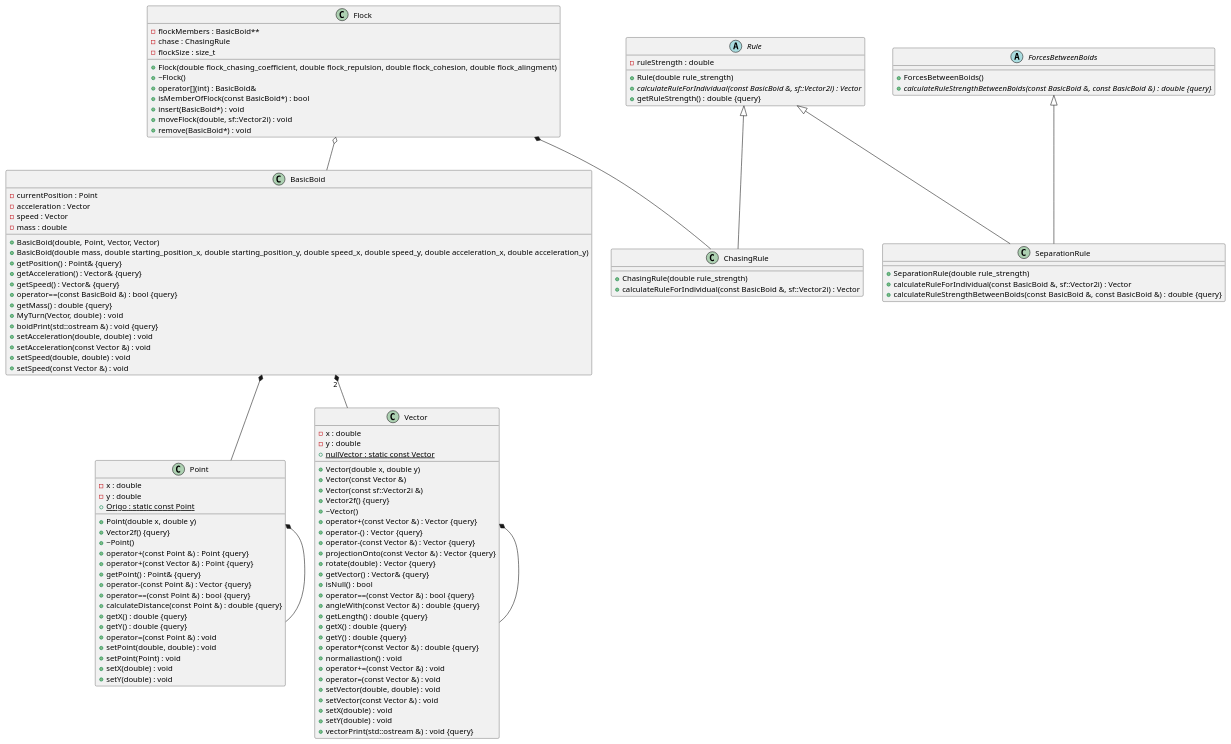
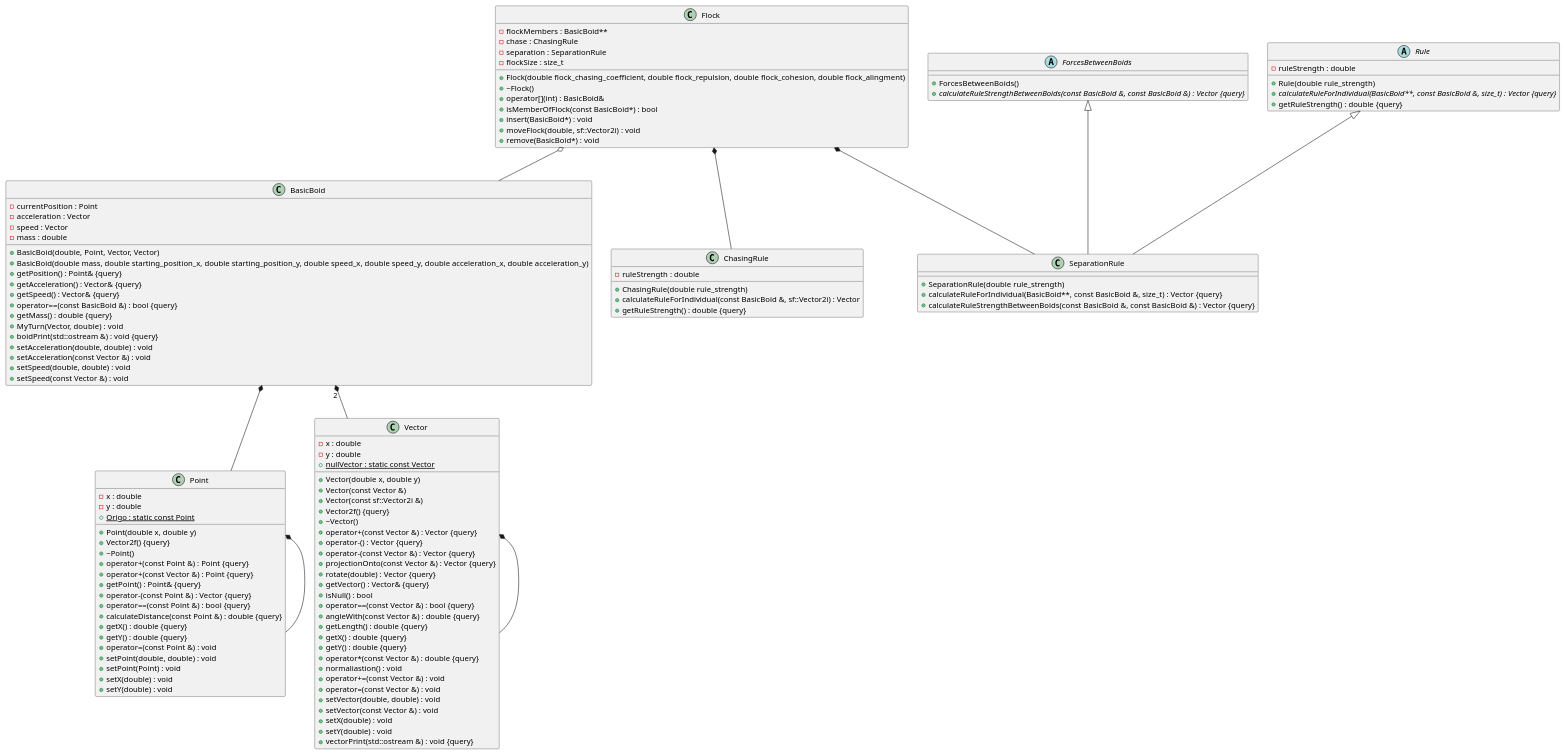
Before and after one commit to bvencl/BoidSimulation: the diagram in codes/bin/output.puml, drawn with PlantUML. The commit also changed 18 other files, not shown here.

```diff
--- a/codes/bin/output.puml
+++ b/codes/bin/output.puml
@@ -1,172 +1,175 @@
 @startuml
 
 
 
 
 
 /' Objects '/
 
 class BasicBoid {
 	+BasicBoid(double, Point, Vector, Vector)
 	+BasicBoid(double mass, double starting_position_x, double starting_position_y, double speed_x, double speed_y, double acceleration_x, double acceleration_y)
 	-currentPosition : Point
 	+getPosition() : Point& {query}
 	-acceleration : Vector
 	-speed : Vector
 	+getAcceleration() : Vector& {query}
 	+getSpeed() : Vector& {query}
 	+operator==(const BasicBoid &) : bool {query}
 	+getMass() : double {query}
 	-mass : double
 	+MyTurn(Vector, double) : void
 	+boidPrint(std::ostream &) : void {query}
 	+setAcceleration(double, double) : void
 	+setAcceleration(const Vector &) : void
 	+setSpeed(double, double) : void
 	+setSpeed(const Vector &) : void
 }
 
 
 class ChasingRule {
 	+ChasingRule(double rule_strength)
 	+calculateRuleForIndividual(const BasicBoid &, sf::Vector2i) : Vector
+	+getRuleStrength() : double {query}
+	-ruleStrength : double
 }
 
 
 class Flock {
 	+Flock(double flock_chasing_coefficient, double flock_repulsion, double flock_cohesion, double flock_alingment)
 	+~Flock()
 	+operator[](int) : BasicBoid&
 	-flockMembers : BasicBoid**
 	-chase : ChasingRule
+	-separation : SeparationRule
 	+isMemberOfFlock(const BasicBoid*) : bool
 	-flockSize : size_t
 	+insert(BasicBoid*) : void
 	+moveFlock(double, sf::Vector2i) : void
 	+remove(BasicBoid*) : void
 }
 
 
 abstract class ForcesBetweenBoids {
 	+ForcesBetweenBoids()
-	+{abstract} calculateRuleStrengthBetweenBoids(const BasicBoid &, const BasicBoid &) : double {query}
+	+{abstract} calculateRuleStrengthBetweenBoids(const BasicBoid &, const BasicBoid &) : Vector {query}
 }
 
 
 class Point {
 	+Point(double x, double y)
 	+Vector2f() {query}
 	+~Point()
 	+operator+(const Point &) : Point {query}
 	+operator+(const Vector &) : Point {query}
 	+getPoint() : Point& {query}
 	+operator-(const Point &) : Vector {query}
 	+operator==(const Point &) : bool {query}
 	+calculateDistance(const Point &) : double {query}
 	+getX() : double {query}
 	+getY() : double {query}
 	-x : double
 	-y : double
 	+{static} Origo : static const Point
 	+operator=(const Point &) : void
 	+setPoint(double, double) : void
 	+setPoint(Point) : void
 	+setX(double) : void
 	+setY(double) : void
 }
 
 
 abstract class Rule {
 	+Rule(double rule_strength)
-	+{abstract} calculateRuleForIndividual(const BasicBoid &, sf::Vector2i) : Vector
+	+{abstract} calculateRuleForIndividual(BasicBoid**, const BasicBoid &, size_t) : Vector {query}
 	+getRuleStrength() : double {query}
 	-ruleStrength : double
 }
 
 
 class SeparationRule {
 	+SeparationRule(double rule_strength)
-	+calculateRuleForIndividual(const BasicBoid &, sf::Vector2i) : Vector
-	+calculateRuleStrengthBetweenBoids(const BasicBoid &, const BasicBoid &) : double {query}
+	+calculateRuleForIndividual(BasicBoid**, const BasicBoid &, size_t) : Vector {query}
+	+calculateRuleStrengthBetweenBoids(const BasicBoid &, const BasicBoid &) : Vector {query}
 }
 
 
 class Vector {
 	+Vector(double x, double y)
 	+Vector(const Vector &)
 	+Vector(const sf::Vector2i &)
 	+Vector2f() {query}
 	+~Vector()
 	+operator+(const Vector &) : Vector {query}
 	+operator-() : Vector {query}
 	+operator-(const Vector &) : Vector {query}
 	+projectionOnto(const Vector &) : Vector {query}
 	+rotate(double) : Vector {query}
 	+getVector() : Vector& {query}
 	+isNull() : bool
 	+operator==(const Vector &) : bool {query}
 	+angleWith(const Vector &) : double {query}
 	+getLength() : double {query}
 	+getX() : double {query}
 	+getY() : double {query}
 	+operator*(const Vector &) : double {query}
 	-x : double
 	-y : double
 	+{static} nullVector : static const Vector
 	+normaliastion() : void
 	+operator+=(const Vector &) : void
 	+operator=(const Vector &) : void
 	+setVector(double, double) : void
 	+setVector(const Vector &) : void
 	+setX(double) : void
 	+setY(double) : void
 	+vectorPrint(std::ostream &) : void {query}
 }
 
 
 
 
 
 /' Inheritance relationships '/
 
 .ForcesBetweenBoids <|-- .SeparationRule
 
 
-.Rule <|-- .ChasingRule
-
-
 .Rule <|-- .SeparationRule
 
 
 
 
 
 /' Aggregation relationships '/
 
 .BasicBoid *-- .Point
 
 
 .BasicBoid "2" *-- .Vector
 
 
 .Flock o-- .BasicBoid
 
 
 .Flock *-- .ChasingRule
 
 
+.Flock *-- .SeparationRule
+
+
 .Point *-- .Point
 
 
 .Vector *-- .Vector
 
 
 
 
 
 
 /' Nested objects '/
 
 
 
 @enduml
```
